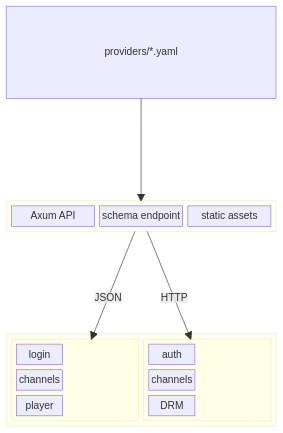
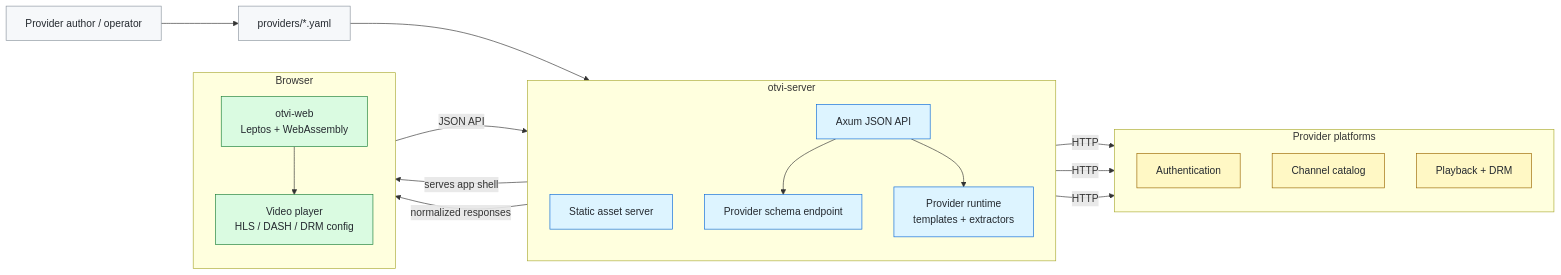
One commit to rabilrbl/otvi changed the diagram in README.md. Above: the diagram before and after it, drawn with Mermaid. The commit also changed 3 other files, not shown here.

Commit message:
docs: modernize Mermaid architecture diagrams

````diff
--- a/README.md
+++ b/README.md
@@ -14,32 +14,47 @@
 ```mermaid
-block-beta
-    columns 1
-    yaml["providers/*.yaml"]
-    space
-    block:server
-        columns 3
-        api["Axum API"]
-        schema["schema endpoint"]
-        assets["static assets"]
-    end
-    space
-    block:clients
-        columns 2
-        block:web
-            columns 1
-            login["login"]
-            channels["channels"]
-            player["player"]
-        end
-        block:external
-            columns 1
-            pauth["auth"]
-            pchannels["channels"]
-            pdrm["DRM"]
-        end
+flowchart LR
+    operator["Provider author / operator"]
+    config["providers/*.yaml"]
+
+    subgraph server["otvi-server"]
+        direction TB
+        static["Static asset server"]
+        api["Axum JSON API"]
+        schema["Provider schema endpoint"]
+        runtime["Provider runtime\ntemplates + extractors"]
     end
 
-    yaml --> server
-    server -- "JSON" --> web
-    server -- "HTTP" --> external
+    subgraph browser["Browser"]
+        direction TB
+        web["otvi-web\nLeptos + WebAssembly"]
+        player["Video player\nHLS / DASH / DRM config"]
+    end
+
+    subgraph providers["Provider platforms"]
+        direction TB
+        auth["Authentication"]
+        catalog["Channel catalog"]
+        playback["Playback + DRM"]
+    end
+
+    operator --> config
+    config --> runtime
+    static -- "serves app shell" --> web
+    web -- "JSON API" --> api
+    api --> schema
+    api --> runtime
+    runtime -- "HTTP" --> auth
+    runtime -- "HTTP" --> catalog
+    runtime -- "HTTP" --> playback
+    api -- "normalized responses" --> web
+    web --> player
+
+    classDef source fill:#f6f8fa,stroke:#8c959f,color:#24292f
+    classDef serverNode fill:#ddf4ff,stroke:#0969da,color:#24292f
+    classDef client fill:#dafbe1,stroke:#1a7f37,color:#24292f
+    classDef external fill:#fff8c5,stroke:#9a6700,color:#24292f
+    class operator,config source
+    class static,api,schema,runtime serverNode
+    class web,player client
+    class auth,catalog,playback external
 ```
````
